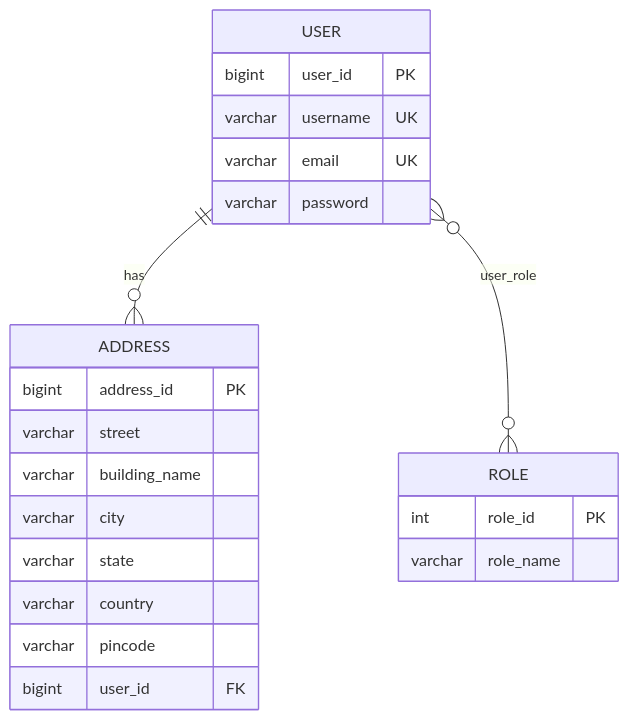
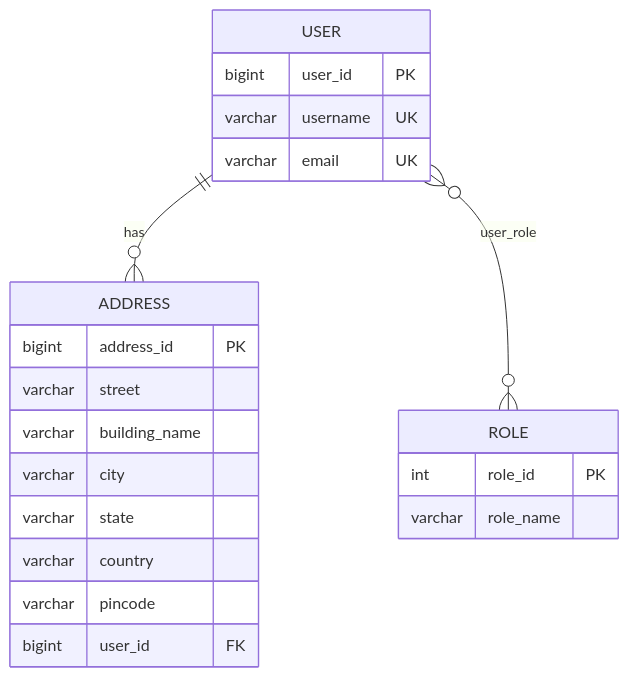
The second of 4 diagrams in docs/architecture/data-model.md (thaivanlam/Techzone-laptop-project), drawn with Mermaid before and after one commit. The commit also changed other lines of this file and 60 other files, not shown here.

````diff
--- a/docs/architecture/data-model.md
+++ b/docs/architecture/data-model.md
@@ -68,26 +68,25 @@
 ```mermaid
 erDiagram
     USER ||--o{ ADDRESS : "has"
     USER }o--o{ ROLE : "user_role"
 
     USER {
         bigint  user_id PK
         varchar username UK
         varchar email UK
-        varchar password
     }
     ROLE {
         int     role_id PK
         varchar role_name
     }
     ADDRESS {
         bigint  address_id PK
         varchar street
         varchar building_name
         varchar city
         varchar state
         varchar country
         varchar pincode
         bigint  user_id FK
     }
 ```
````
